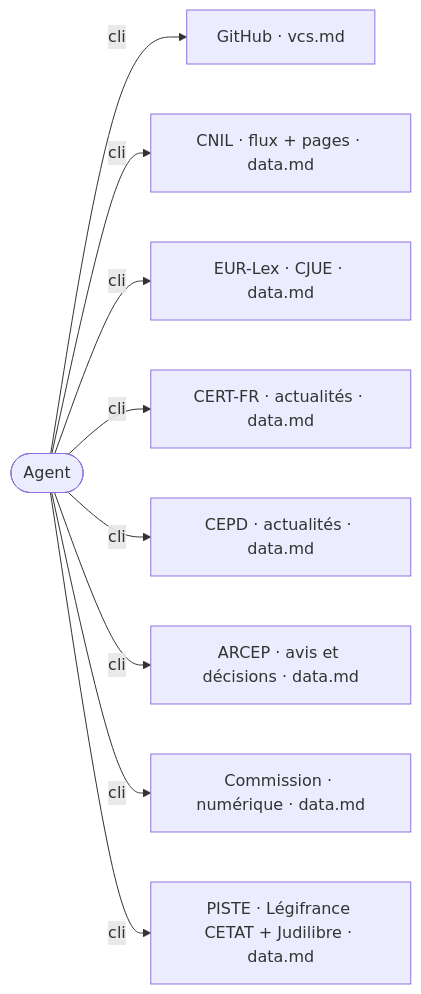
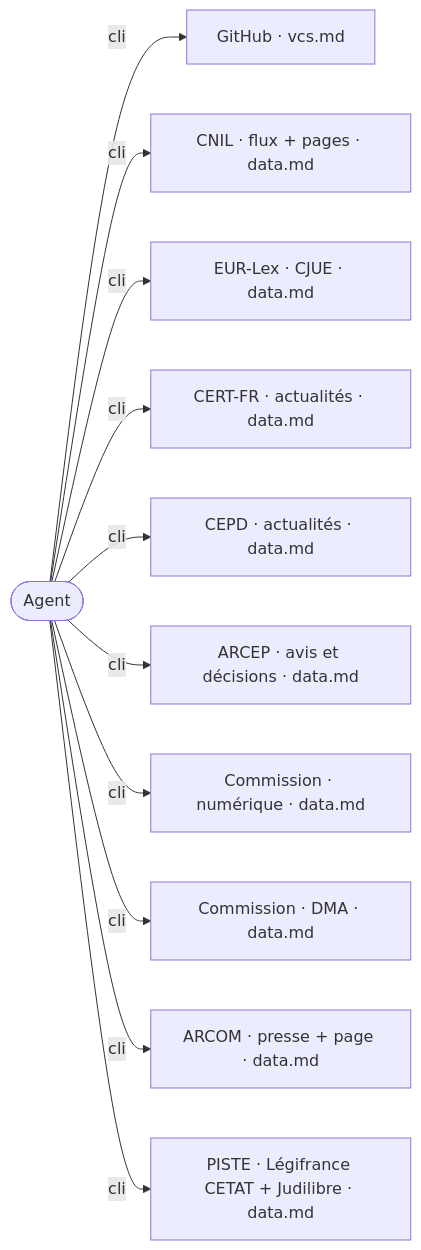
Before and after one commit to Beccariavf/vitrine: the diagram in aidd_docs/memory/ecosystem.md, drawn with Mermaid. The commit also changed 9 other files, not shown here.

````diff
--- a/aidd_docs/memory/ecosystem.md
+++ b/aidd_docs/memory/ecosystem.md
@@ -3,21 +3,25 @@
 ```mermaid
 flowchart LR
   Agent([Agent])
   Vcs["GitHub · vcs.md"]
   Cnil["CNIL · flux + pages · data.md"]
   Cjeu["EUR-Lex · CJUE · data.md"]
   Anssi["CERT-FR · actualités · data.md"]
   Cepd["CEPD · actualités · data.md"]
   Arcep["ARCEP · avis et décisions · data.md"]
   Commission["Commission · numérique · data.md"]
+  CommissionDma["Commission · DMA · data.md"]
+  Arcom["ARCOM · presse + page · data.md"]
   Piste["PISTE · Légifrance CETAT + Judilibre · data.md"]
 
   Agent -- cli --> Vcs
   Agent -- cli --> Cnil
   Agent -- cli --> Cjeu
   Agent -- cli --> Anssi
   Agent -- cli --> Cepd
   Agent -- cli --> Arcep
   Agent -- cli --> Commission
+  Agent -- cli --> CommissionDma
+  Agent -- cli --> Arcom
   Agent -- cli --> Piste
 ```
````
